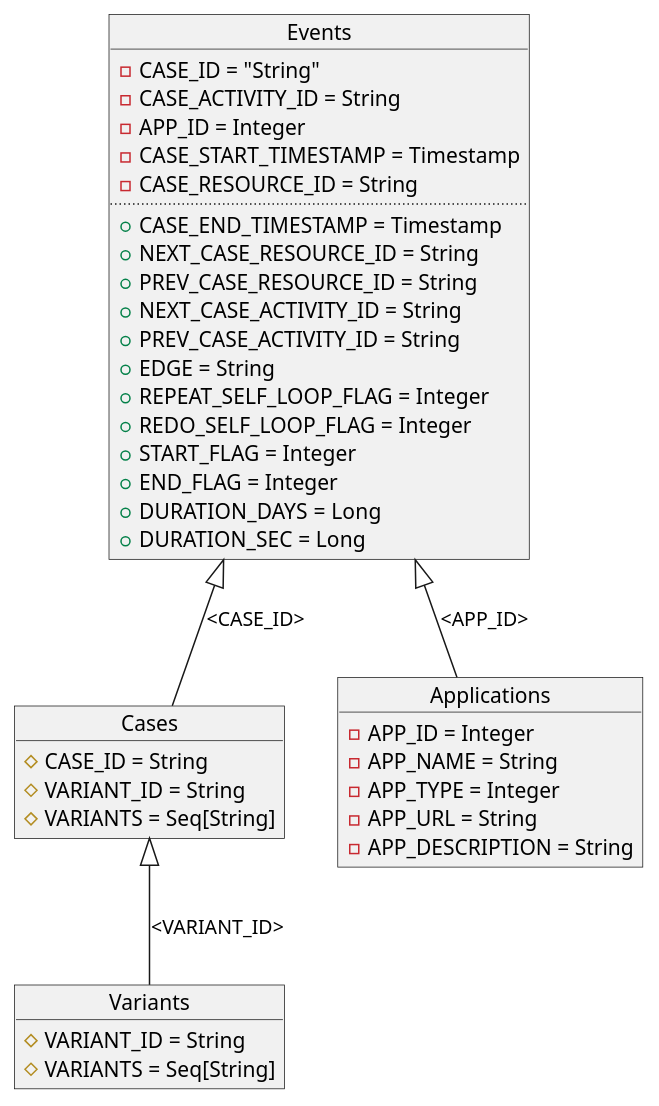
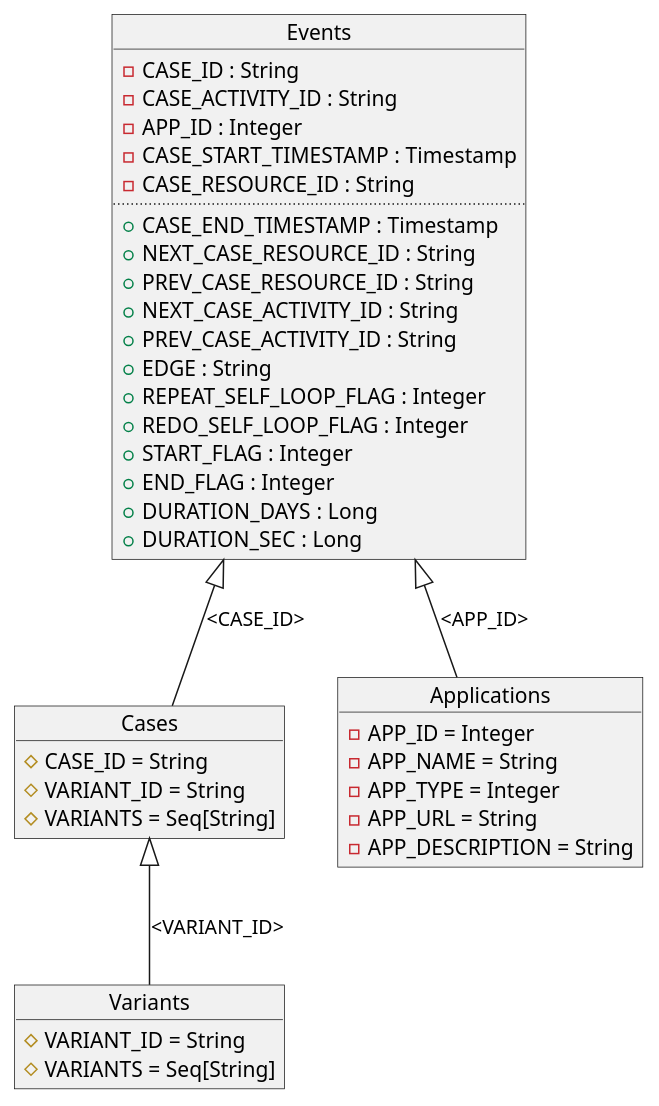
One commit to fcenedes/flows changed the diagram in flow.md. Above: the diagram before and after it, drawn with PlantUML.

```diff
--- a/flow.md
+++ b/flow.md
@@ -20,48 +20,48 @@
 @startuml
 
 object Events {
-   -CASE_ID = "String"
-   -CASE_ACTIVITY_ID = String
-   -APP_ID = Integer
-   -CASE_START_TIMESTAMP = Timestamp
-   -CASE_RESOURCE_ID = String
+   -CASE_ID : String
+   -CASE_ACTIVITY_ID : String
+   -APP_ID : Integer
+   -CASE_START_TIMESTAMP : Timestamp
+   -CASE_RESOURCE_ID : String
    ..
-   +CASE_END_TIMESTAMP = Timestamp
-   +NEXT_CASE_RESOURCE_ID = String
-   +PREV_CASE_RESOURCE_ID = String
-   +NEXT_CASE_ACTIVITY_ID = String
-   +PREV_CASE_ACTIVITY_ID = String
-   +EDGE = String
-   +REPEAT_SELF_LOOP_FLAG = Integer
-   +REDO_SELF_LOOP_FLAG = Integer
-   +START_FLAG = Integer
-   +END_FLAG = Integer
-   +DURATION_DAYS = Long
-   +DURATION_SEC = Long  
+   +CASE_END_TIMESTAMP : Timestamp
+   +NEXT_CASE_RESOURCE_ID : String
+   +PREV_CASE_RESOURCE_ID : String
+   +NEXT_CASE_ACTIVITY_ID : String
+   +PREV_CASE_ACTIVITY_ID : String
+   +EDGE : String
+   +REPEAT_SELF_LOOP_FLAG : Integer
+   +REDO_SELF_LOOP_FLAG : Integer
+   +START_FLAG : Integer
+   +END_FLAG : Integer
+   +DURATION_DAYS : Long
+   +DURATION_SEC : Long  
 }
 
 object Cases {
   #CASE_ID = String
   #VARIANT_ID = String
   #VARIANTS = Seq[String]
 }
 
 object Variants {
    #VARIANT_ID = String
    #VARIANTS = Seq[String]
 }
 
 object Applications {
    -APP_ID = Integer
    -APP_NAME = String
    -APP_TYPE = Integer
    -APP_URL = String
    -APP_DESCRIPTION = String
 }
 
 
 Events <|-- Cases : <CASE_ID>
 Cases <|-- Variants : <VARIANT_ID>
 Events <|-- Applications : <APP_ID>
 
 @enduml
```
